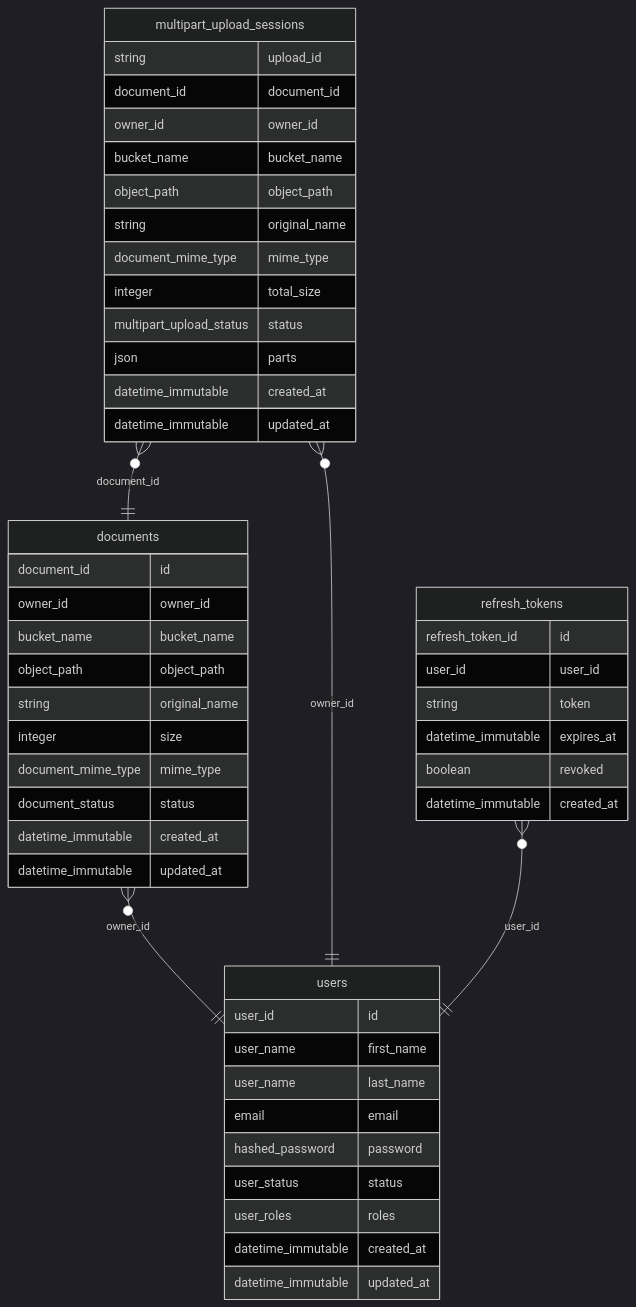
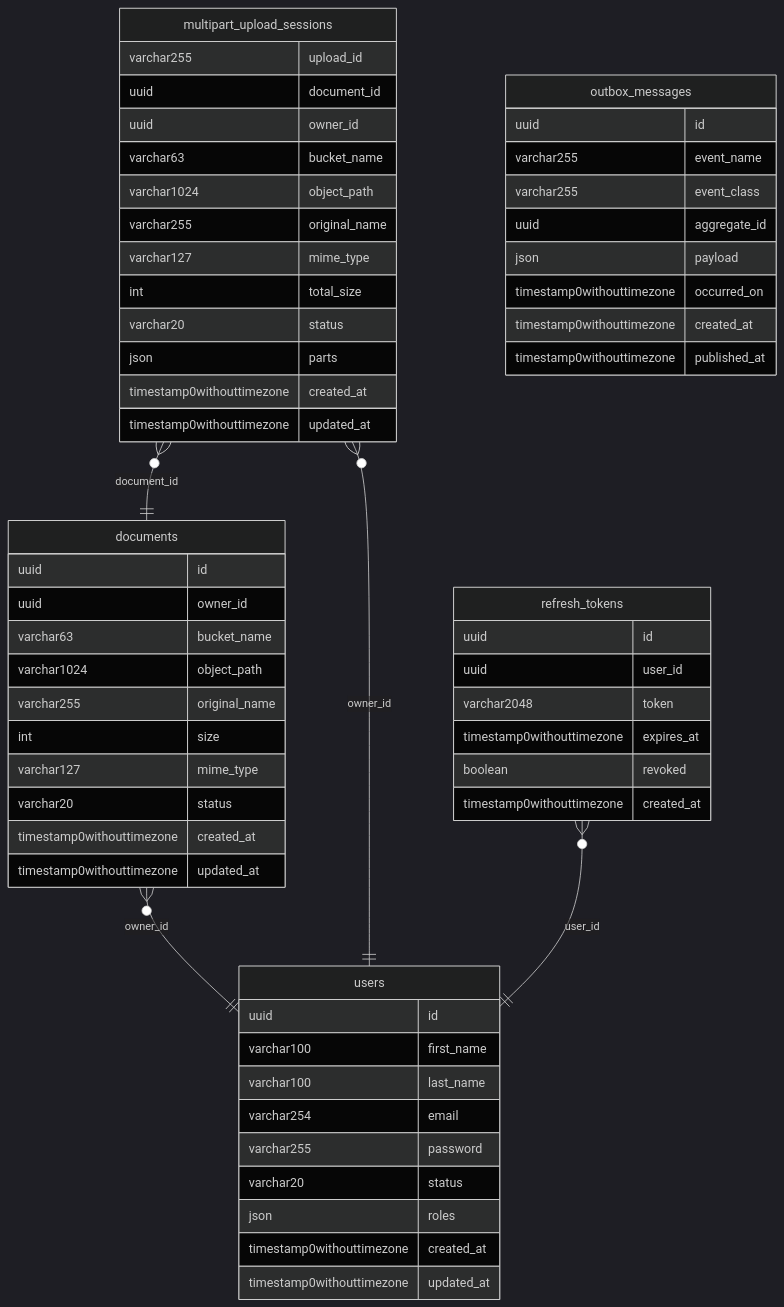
Before and after one commit to SorenMesselier-Sentis/template-ddd-symfony-api: the diagram in docs/er-diagram.md, drawn with Mermaid (dark theme). The commit also changed 14 other files, not shown here.

Commit message:
refactor(erDiagram): Use migrations files instead of entities

````diff
--- a/docs/er-diagram.md
+++ b/docs/er-diagram.md
@@ -3,52 +3,62 @@
 ```mermaid
 erDiagram
     documents {
-        document_id id
-        owner_id owner_id
-        bucket_name bucket_name
-        object_path object_path
-        string original_name
-        integer size
-        document_mime_type mime_type
-        document_status status
-        datetime_immutable created_at
-        datetime_immutable updated_at
+        uuid id
+        uuid owner_id
+        varchar63 bucket_name
+        varchar1024 object_path
+        varchar255 original_name
+        int size
+        varchar127 mime_type
+        varchar20 status
+        timestamp0withouttimezone created_at
+        timestamp0withouttimezone updated_at
     }
     multipart_upload_sessions {
-        string upload_id
-        document_id document_id
-        owner_id owner_id
-        bucket_name bucket_name
-        object_path object_path
-        string original_name
-        document_mime_type mime_type
-        integer total_size
-        multipart_upload_status status
+        varchar255 upload_id
+        uuid document_id
+        uuid owner_id
+        varchar63 bucket_name
+        varchar1024 object_path
+        varchar255 original_name
+        varchar127 mime_type
+        int total_size
+        varchar20 status
         json parts
-        datetime_immutable created_at
-        datetime_immutable updated_at
+        timestamp0withouttimezone created_at
+        timestamp0withouttimezone updated_at
+    }
+    outbox_messages {
+        uuid id
+        varchar255 event_name
+        varchar255 event_class
+        uuid aggregate_id
+        json payload
+        timestamp0withouttimezone occurred_on
+        timestamp0withouttimezone created_at
+        timestamp0withouttimezone published_at
     }
     refresh_tokens {
-        refresh_token_id id
-        user_id user_id
-        string token
-        datetime_immutable expires_at
+        uuid id
+        uuid user_id
+        varchar2048 token
+        timestamp0withouttimezone expires_at
         boolean revoked
-        datetime_immutable created_at
+        timestamp0withouttimezone created_at
     }
     users {
-        user_id id
-        user_name first_name
-        user_name last_name
-        email email
-        hashed_password password
-        user_status status
-        user_roles roles
-        datetime_immutable created_at
-        datetime_immutable updated_at
+        uuid id
+        varchar100 first_name
+        varchar100 last_name
+        varchar254 email
+        varchar255 password
+        varchar20 status
+        json roles
+        timestamp0withouttimezone created_at
+        timestamp0withouttimezone updated_at
     }
     documents }o--|| users : "owner_id"
     multipart_upload_sessions }o--|| documents : "document_id"
     multipart_upload_sessions }o--|| users : "owner_id"
     refresh_tokens }o--|| users : "user_id"
 ```
````
